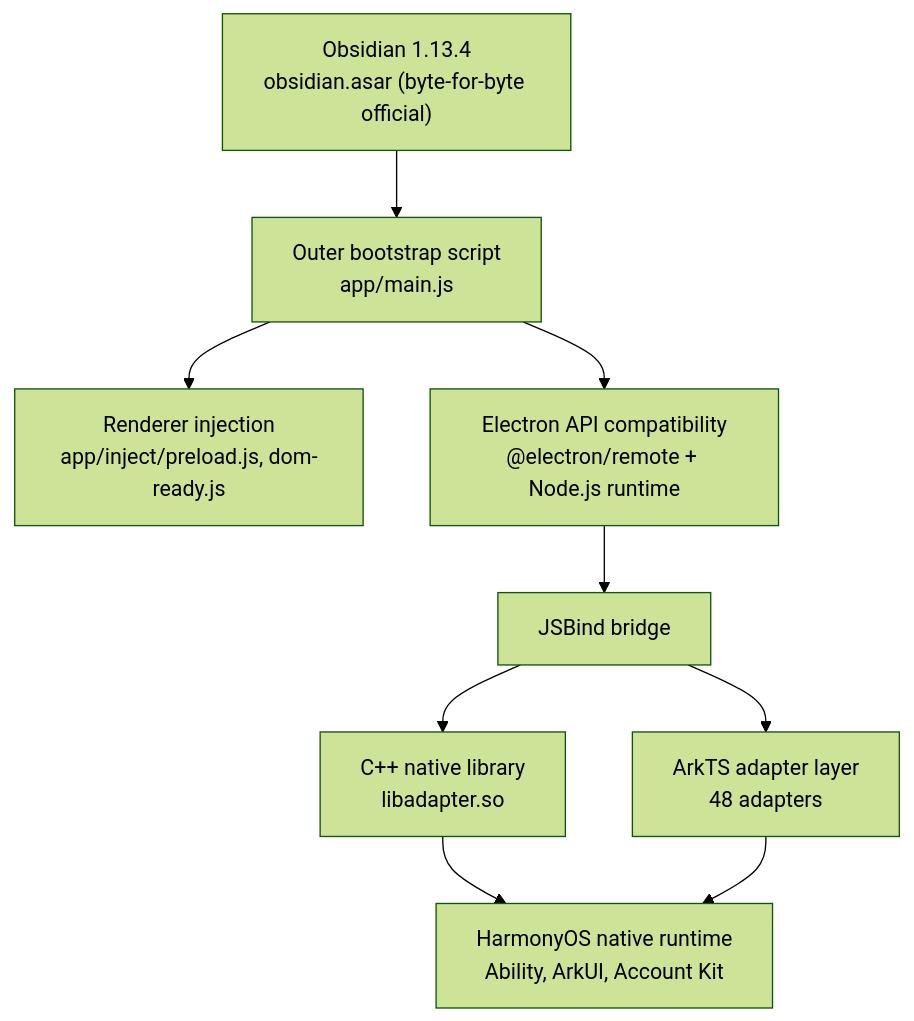
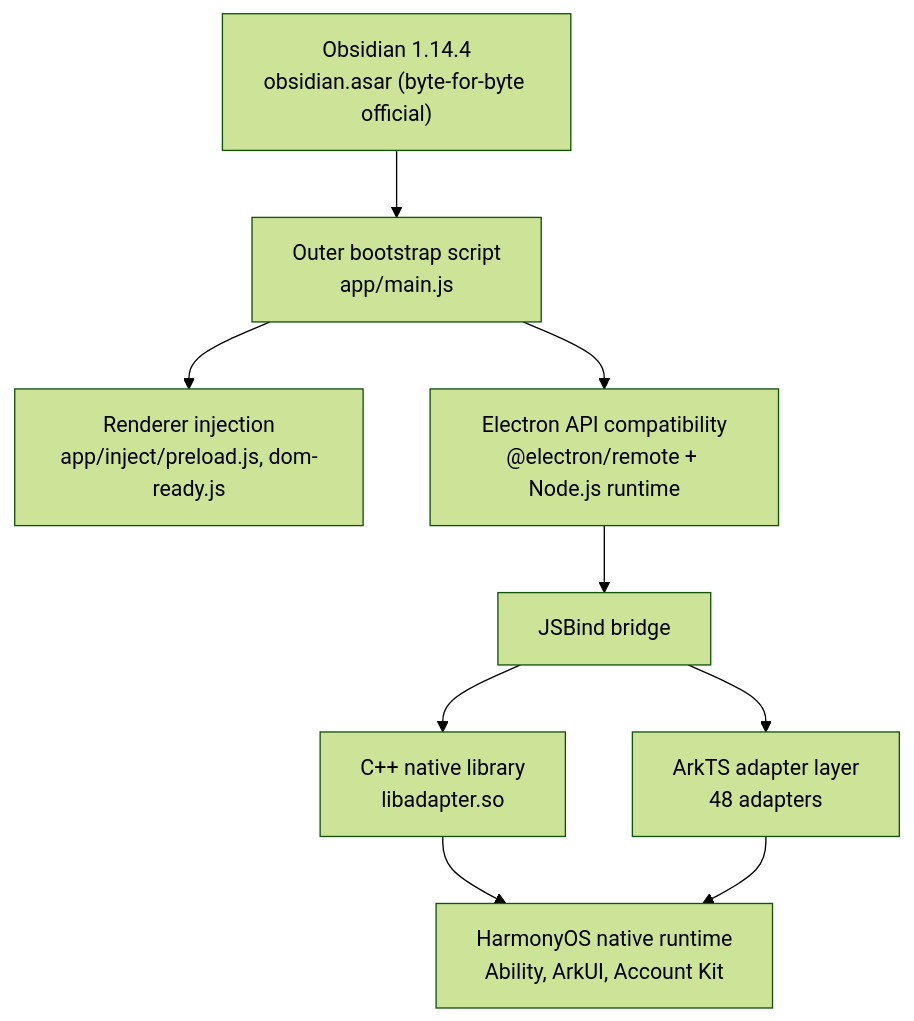
One commit to HandwerSTD/ObsidianHM changed the diagram in README_EN.md. Above: the diagram before and after it, drawn with Mermaid (forest theme). The commit also changed other lines of this file and 13 other files, not shown here.

````diff
--- a/README_EN.md
+++ b/README_EN.md
@@ -60,19 +60,19 @@
 ```mermaid
 flowchart TB
-  A["Obsidian 1.13.4<br/>obsidian.asar (byte-for-byte official)"]
+  A["Obsidian 1.14.4<br/>obsidian.asar (byte-for-byte official)"]
   B["Outer bootstrap script<br/>app/main.js"]
   C["Renderer injection<br/>app/inject/preload.js, dom-ready.js"]
   D["Electron API compatibility<br/>@electron/remote + Node.js runtime"]
   E["JSBind bridge"]
   F["C++ native library<br/>libadapter.so"]
   G["ArkTS adapter layer<br/>48 adapters"]
   H["HarmonyOS native runtime<br/>Ability, ArkUI, Account Kit"]
   A --> B
   B --> C
   B --> D
   D --> E
   E --> F
   E --> G
   F --> H
   G --> H
 ```
````
